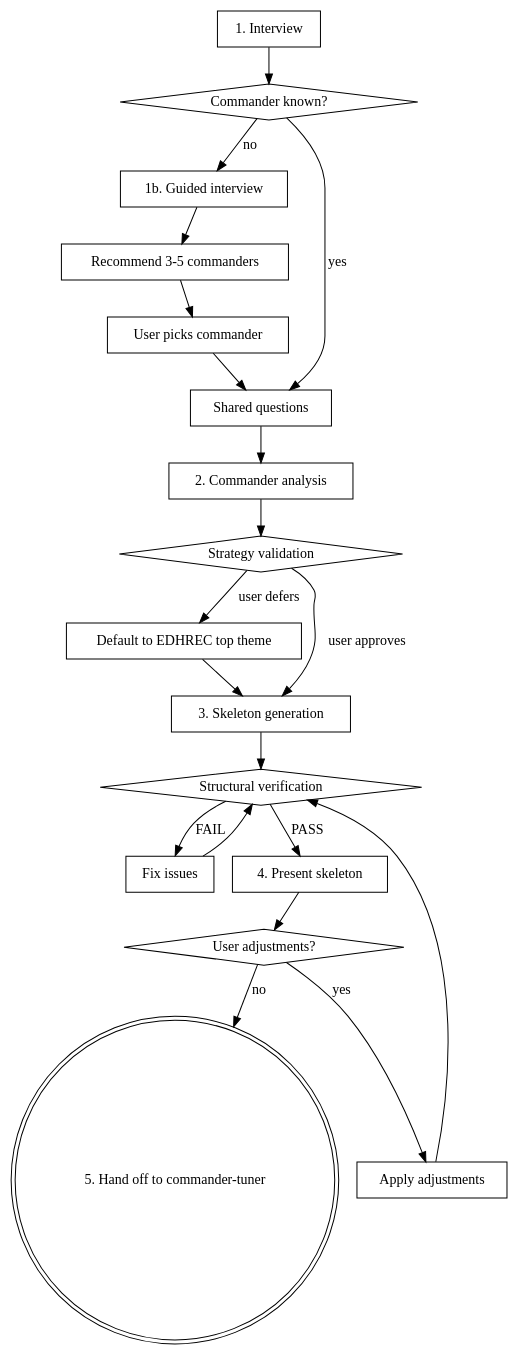
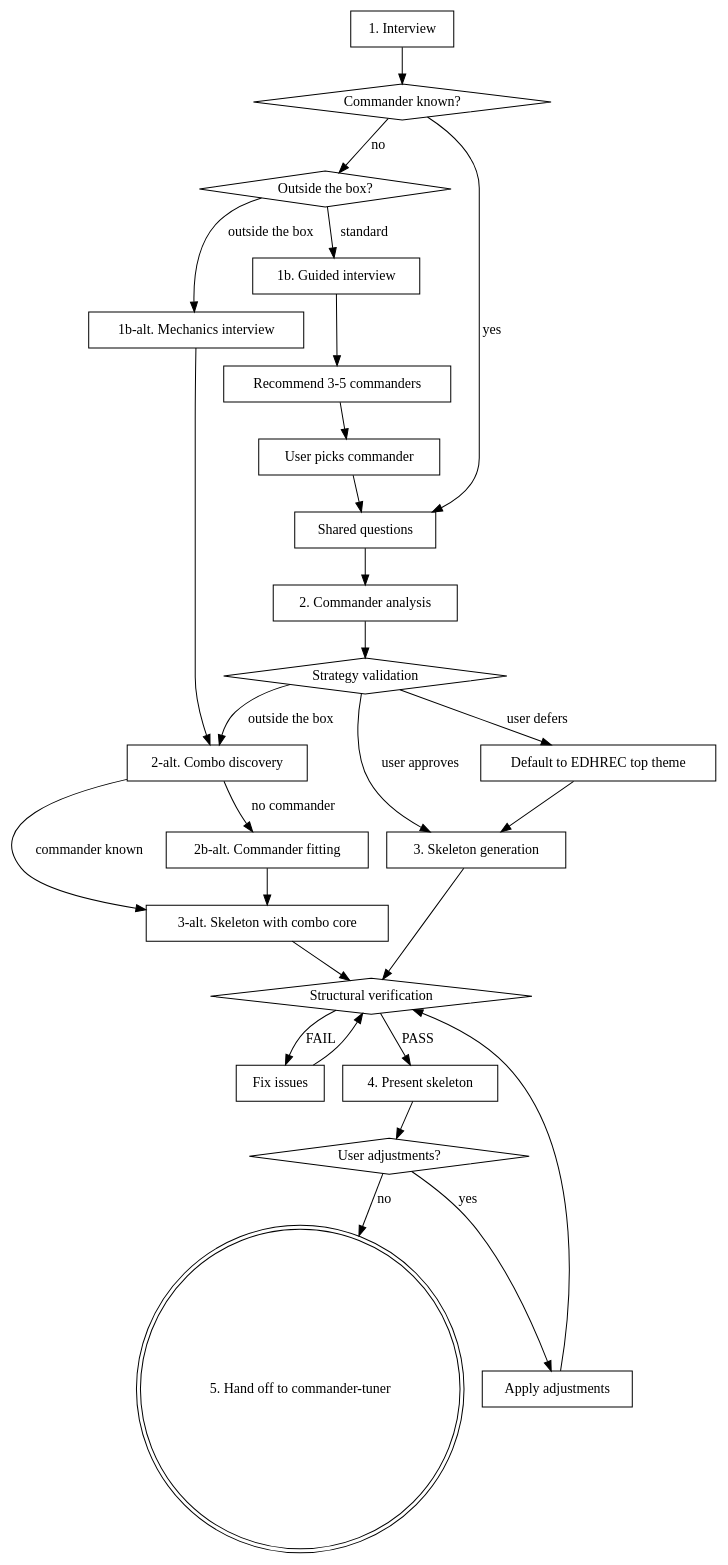
One commit to dan-blanchard/mtg-skills changed the diagram in commander-builder/SKILL.md. Above: the diagram before and after it, drawn with Graphviz. The commit also changed other lines of this file and 9 other files, not shown here.

````diff
--- a/commander-builder/SKILL.md
+++ b/commander-builder/SKILL.md
@@ -40,40 +40,53 @@
 ```dot
 digraph builder {
     "1. Interview" [shape=box];
     "Commander known?" [shape=diamond];
+    "Outside the box?" [shape=diamond];
     "1b. Guided interview" [shape=box];
     "Recommend 3-5 commanders" [shape=box];
     "User picks commander" [shape=box];
     "Shared questions" [shape=box];
     "2. Commander analysis" [shape=box];
     "Strategy validation" [shape=diamond];
     "Default to EDHREC top theme" [shape=box];
+    "1b-alt. Mechanics interview" [shape=box];
+    "2-alt. Combo discovery" [shape=box];
+    "2b-alt. Commander fitting" [shape=box];
     "3. Skeleton generation" [shape=box];
+    "3-alt. Skeleton with combo core" [shape=box];
     "Structural verification" [shape=diamond];
     "Fix issues" [shape=box];
     "4. Present skeleton" [shape=box];
     "User adjustments?" [shape=diamond];
     "Apply adjustments" [shape=box];
     "5. Hand off to commander-tuner" [shape=doublecircle];
 
     "1. Interview" -> "Commander known?";
     "Commander known?" -> "Shared questions" [label="yes"];
-    "Commander known?" -> "1b. Guided interview" [label="no"];
+    "Commander known?" -> "Outside the box?" [label="no"];
+    "Outside the box?" -> "1b. Guided interview" [label="standard"];
+    "Outside the box?" -> "1b-alt. Mechanics interview" [label="outside the box"];
     "1b. Guided interview" -> "Recommend 3-5 commanders";
     "Recommend 3-5 commanders" -> "User picks commander";
     "User picks commander" -> "Shared questions";
     "Shared questions" -> "2. Commander analysis";
     "2. Commander analysis" -> "Strategy validation";
     "Strategy validation" -> "3. Skeleton generation" [label="user approves"];
     "Strategy validation" -> "Default to EDHREC top theme" [label="user defers"];
+    "Strategy validation" -> "2-alt. Combo discovery" [label="outside the box"];
     "Default to EDHREC top theme" -> "3. Skeleton generation";
+    "1b-alt. Mechanics interview" -> "2-alt. Combo discovery";
+    "2-alt. Combo discovery" -> "2b-alt. Commander fitting" [label="no commander"];
+    "2-alt. Combo discovery" -> "3-alt. Skeleton with combo core" [label="commander known"];
+    "2b-alt. Commander fitting" -> "3-alt. Skeleton with combo core";
     "3. Skeleton generation" -> "Structural verification";
+    "3-alt. Skeleton with combo core" -> "Structural verification";
     "Structural verification" -> "4. Present skeleton" [label="PASS"];
     "Structural verification" -> "Fix issues" [label="FAIL"];
     "Fix issues" -> "Structural verification";
     "4. Present skeleton" -> "User adjustments?";
     "User adjustments?" -> "5. Hand off to commander-tuner" [label="no"];
     "User adjustments?" -> "Apply adjustments" [label="yes"];
     "Apply adjustments" -> "Structural verification";
 }
 ```
````
